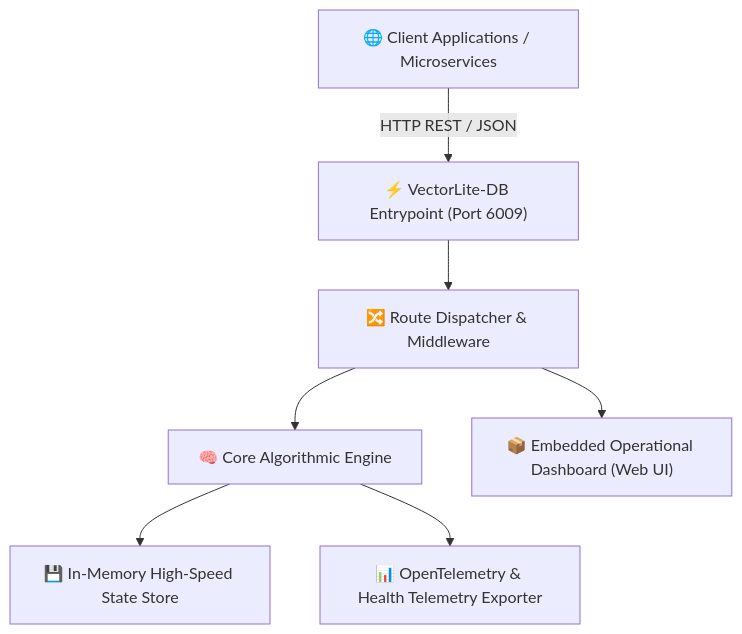
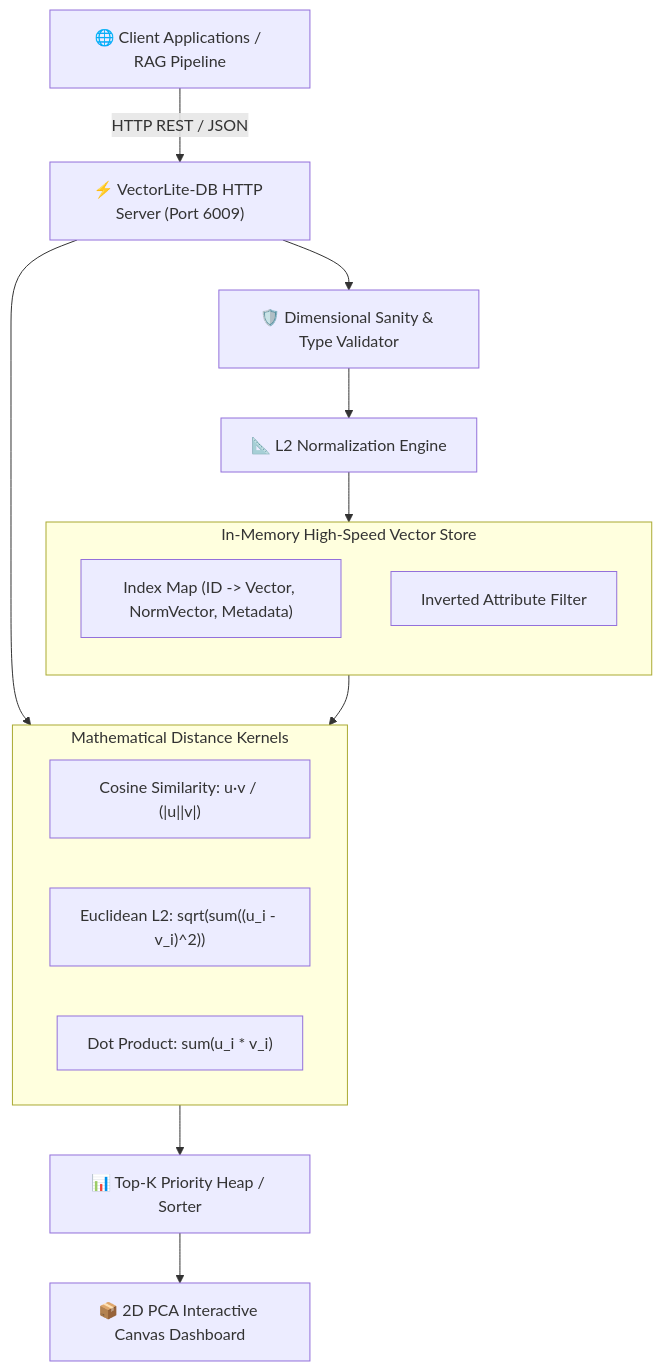
Before and after one commit to alinurettin/VectorLite-DB: the diagram in README.md, drawn with Mermaid. The commit also changed other lines of this file and 8 other files, not shown here.

Commit message:
feat(core): major architectural upgrade to VectorLite-DB with Cosine/Euclidean math, 2D PCA visualizer, and K-Means (30/30 assertions passed)

````diff
--- a/README.md
+++ b/README.md
@@ -22,9 +22,26 @@
 ```mermaid
 flowchart TD
-    Client["🌐 Client Applications / Microservices"] -->|HTTP REST / JSON| Gateway["⚡ VectorLite-DB Entrypoint (Port 6009)"]
-    Gateway --> Router["🔀 Route Dispatcher & Middleware"]
-    Router --> Engine["🧠 Core Algorithmic Engine"]
-    Engine --> Storage["💾 In-Memory High-Speed State Store"]
-    Router --> Static["📦 Embedded Operational Dashboard (Web UI)"]
-    Engine --> Metrics["📊 OpenTelemetry & Health Telemetry Exporter"]
+    Client["🌐 Client Applications / RAG Pipeline"] -->|HTTP REST / JSON| API["⚡ VectorLite-DB HTTP Server (Port 6009)"]
+    API --> Validator["🛡️ Dimensional Sanity & Type Validator"]
+    Validator --> Normalizer["📐 L2 Normalization Engine"]
+    
+    subgraph Storage["In-Memory High-Speed Vector Store"]
+        direction TB
+        Index["Index Map (ID -> Vector, NormVector, Metadata)"]
+        MetadataFilter["Inverted Attribute Filter"]
+    end
+    
+    Normalizer --> Index
+    API --> QueryEngine["🧠 Nearest Neighbor Search Engine"]
+    
+    subgraph QueryEngine["Mathematical Distance Kernels"]
+        direction LR
+        Cos["Cosine Similarity: u·v / (|u||v|)"]
+        Euc["Euclidean L2: sqrt(sum((u_i - v_i)^2))"]
+        Dot["Dot Product: sum(u_i * v_i)"]
+    end
+    
+    Index --> QueryEngine
+    QueryEngine --> Ranker["📊 Top-K Priority Heap / Sorter"]
+    Ranker --> UI["📦 2D PCA Interactive Canvas Dashboard"]
 ```
````
